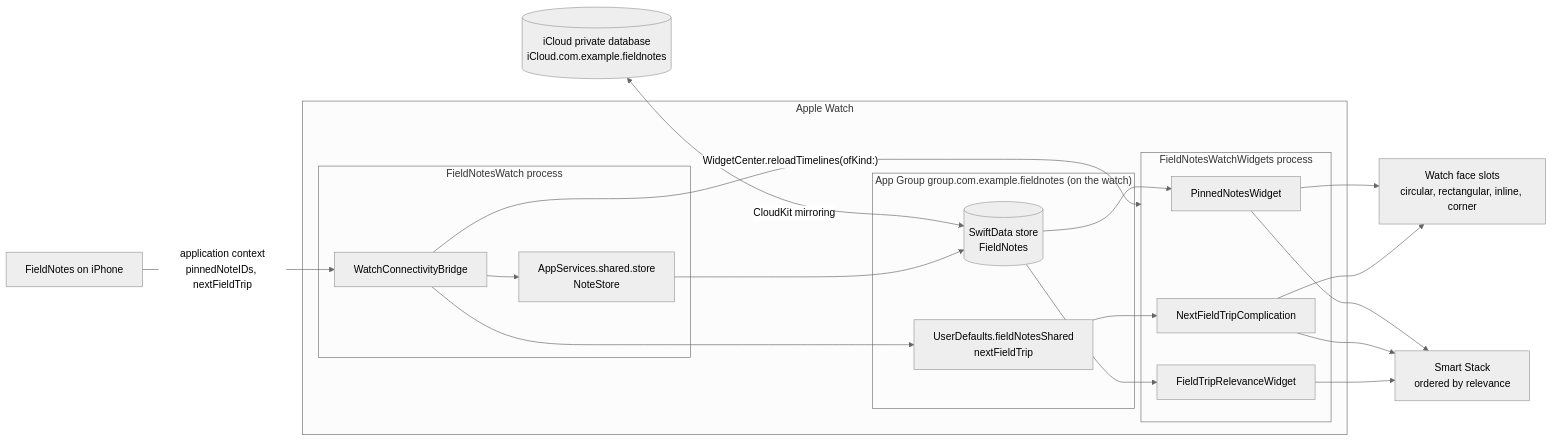
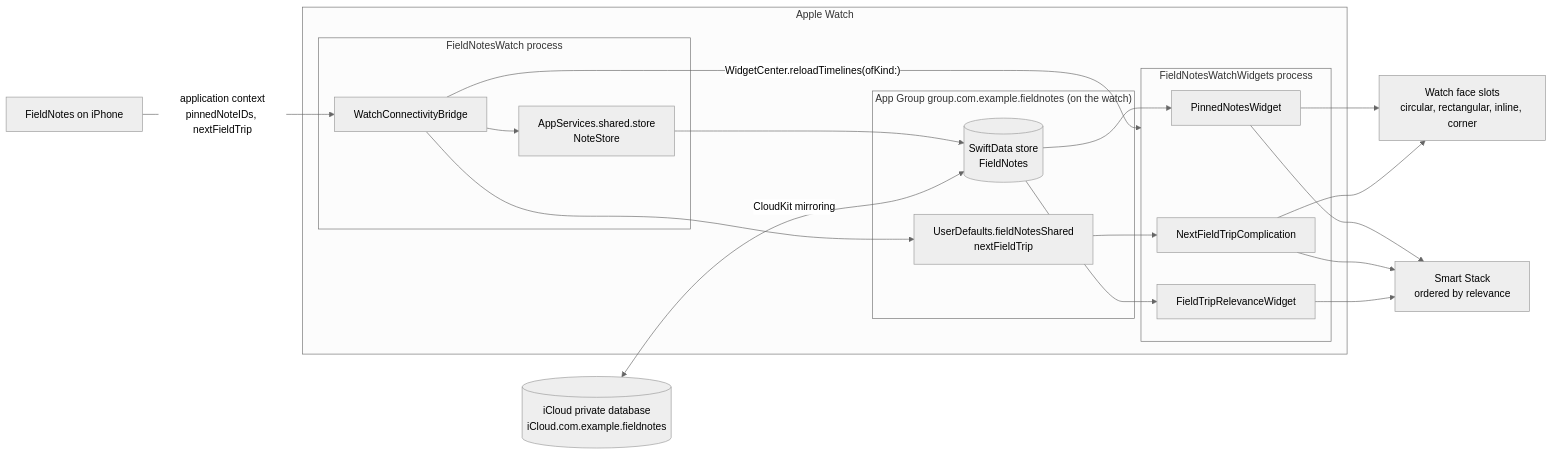
The second of 2 diagrams in modules/ROOT/pages/apps/apple/watchos.adoc (albertoirurueta/docs), drawn with Mermaid (neutral theme) before and after one commit. The commit also changed other lines of this file and 2 other files, not shown here.

```diff
--- a/modules/ROOT/pages/apps/apple/watchos.adoc
+++ b/modules/ROOT/pages/apps/apple/watchos.adoc
@@ -1304,33 +1304,33 @@
 [mermaid]
 ....
 flowchart LR
-    Phone["FieldNotes on iPhone"] -->|"application context<br/>pinnedNoteIDs, nextFieldTrip"| Bridge
-    iCloud[("iCloud private database<br/>iCloud.com.example.fieldnotes")] <-->|"CloudKit mirroring"| DB
     subgraph Watch["Apple Watch"]
         subgraph AppProcess["FieldNotesWatch process"]
             Bridge["WatchConnectivityBridge"]
             Store["AppServices.shared.store<br/>NoteStore"]
         end
         subgraph Group["App Group group.com.example.fieldnotes (on the watch)"]
             DB[("SwiftData store<br/>FieldNotes")]
             Defaults["UserDefaults.fieldNotesShared<br/>nextFieldTrip"]
         end
         subgraph Extension["FieldNotesWatchWidgets process"]
             Pinned["PinnedNotesWidget"]
             Next["NextFieldTripComplication"]
             Nearby["FieldTripRelevanceWidget"]
         end
         Bridge --> Store
         Store --> DB
         Bridge --> Defaults
         Bridge -->|"WidgetCenter.reloadTimelines(ofKind:)"| Extension
         DB --> Pinned
         DB --> Nearby
         Defaults --> Next
     end
+    Phone["FieldNotes on iPhone"] -->|"application context<br/>pinnedNoteIDs, nextFieldTrip"| Bridge
+    iCloud[("iCloud private database<br/>iCloud.com.example.fieldnotes")] <-->|"CloudKit mirroring"| DB
     Pinned --> Face["Watch face slots<br/>circular, rectangular, inline, corner"]
     Next --> Face
     Pinned --> Stack["Smart Stack<br/>ordered by relevance"]
     Next --> Stack
     Nearby --> Stack
 ....
```
